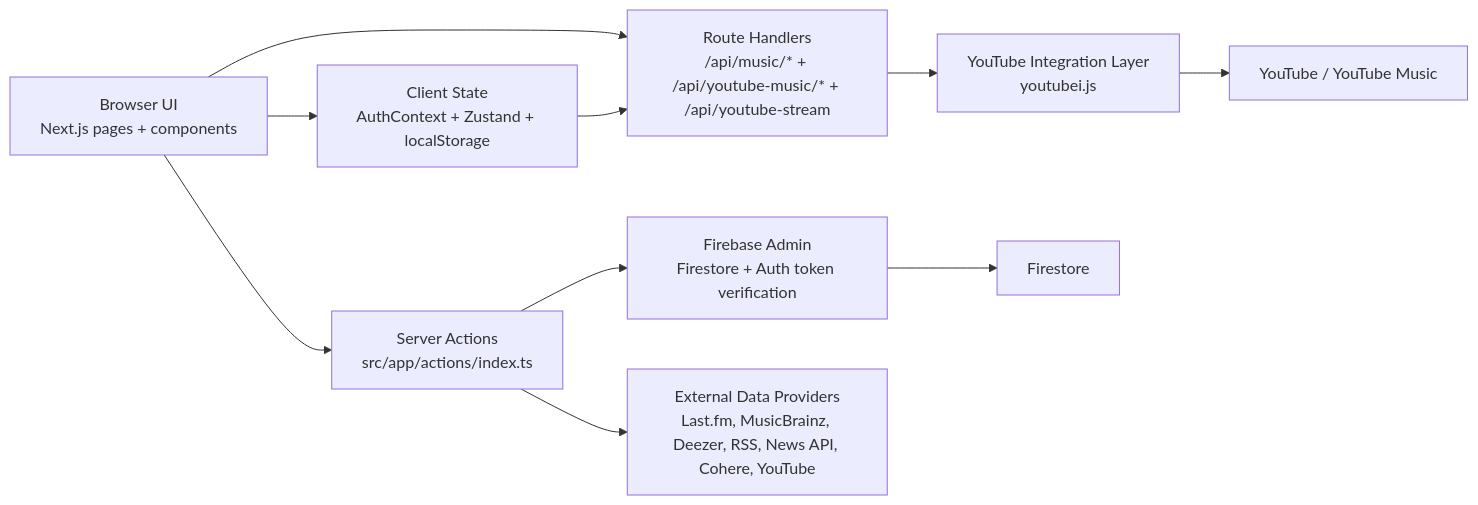
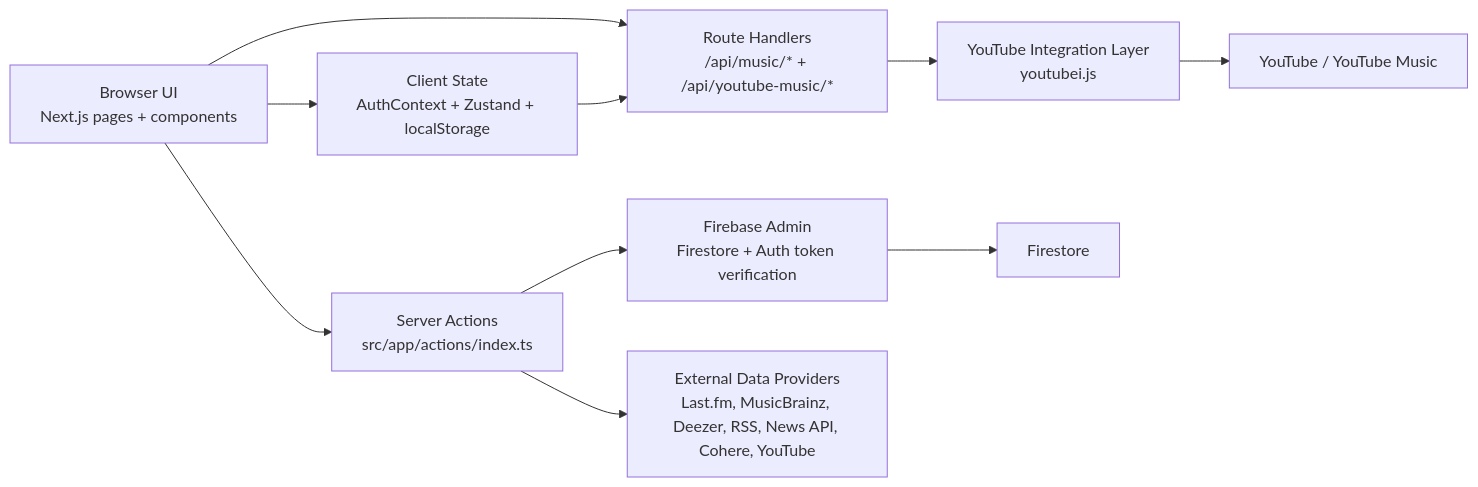
The diagram in ARCHITECTURE.md (Priyanshu-96-rawat/songDB), drawn with Mermaid before and after one commit. The commit also changed other lines of this file and 51 other files, not shown here.

````diff
--- a/ARCHITECTURE.md
+++ b/ARCHITECTURE.md
@@ -20,12 +20,12 @@
 ```mermaid
 flowchart LR
     A["Browser UI<br/>Next.js pages + components"] --> B["Client State<br/>AuthContext + Zustand + localStorage"]
-    A --> C["Route Handlers<br/>/api/music/* + /api/youtube-music/* + /api/youtube-stream"]
+    A --> C["Route Handlers<br/>/api/music/* + /api/youtube-music/*"]
     A --> D["Server Actions<br/>src/app/actions/index.ts"]
     B --> C
     D --> E["Firebase Admin<br/>Firestore + Auth token verification"]
     D --> F["External Data Providers<br/>Last.fm, MusicBrainz, Deezer, RSS, News API, Cohere, YouTube"]
     C --> G["YouTube Integration Layer<br/>youtubei.js"]
     G --> H["YouTube / YouTube Music"]
     E --> I["Firestore"]
 ```
````
